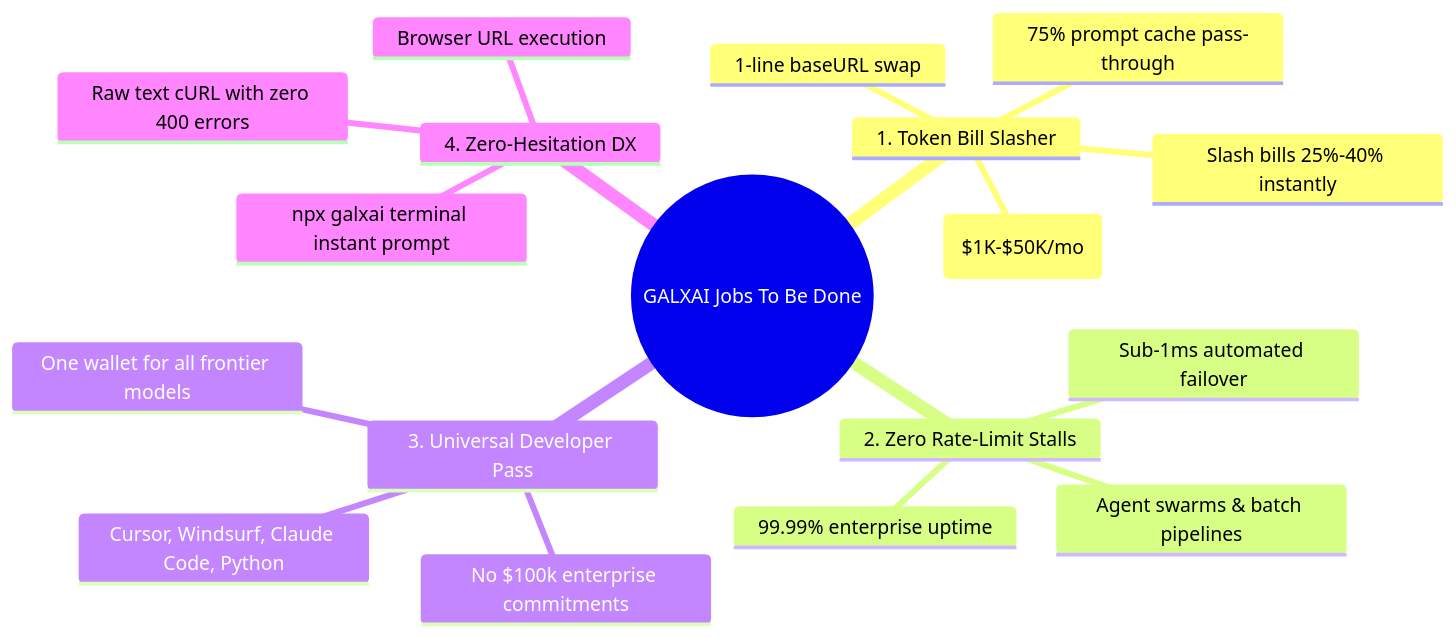
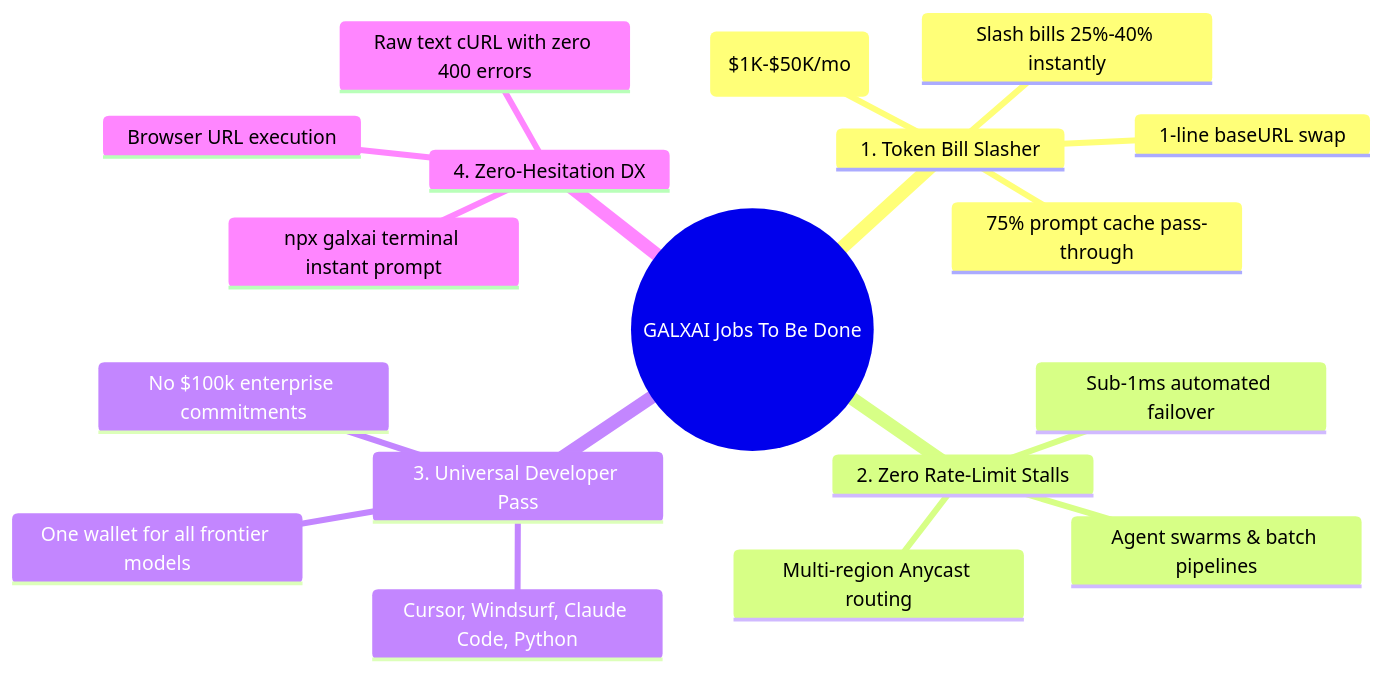
One commit to CardSorting/GALXAI changed the first of 2 diagrams in docs/GTM_STRATEGY.md. Above: the diagram before and after it, drawn with Mermaid. The commit also changed other lines of this file and 22 other files, not shown here.

````diff
--- a/docs/GTM_STRATEGY.md
+++ b/docs/GTM_STRATEGY.md
@@ -17,21 +17,21 @@
 ```mermaid
 mindmap
   root((GALXAI Jobs To Be Done))
     1. Token Bill Slasher
       High monthly token burn ($1K-$50K/mo)
       Slash bills 25%-40% instantly
       75% prompt cache pass-through
       1-line baseURL swap
     2. Zero Rate-Limit Stalls
       Agent swarms & batch pipelines
       Sub-1ms automated failover
-      99.99% enterprise uptime
+      Multi-region Anycast routing
     3. Universal Developer Pass
       Cursor, Windsurf, Claude Code, Python
       One wallet for all frontier models
       No $100k enterprise commitments
     4. Zero-Hesitation DX
       npx galxai terminal instant prompt
       Browser URL execution
       Raw text cURL with zero 400 errors
 ```
````
